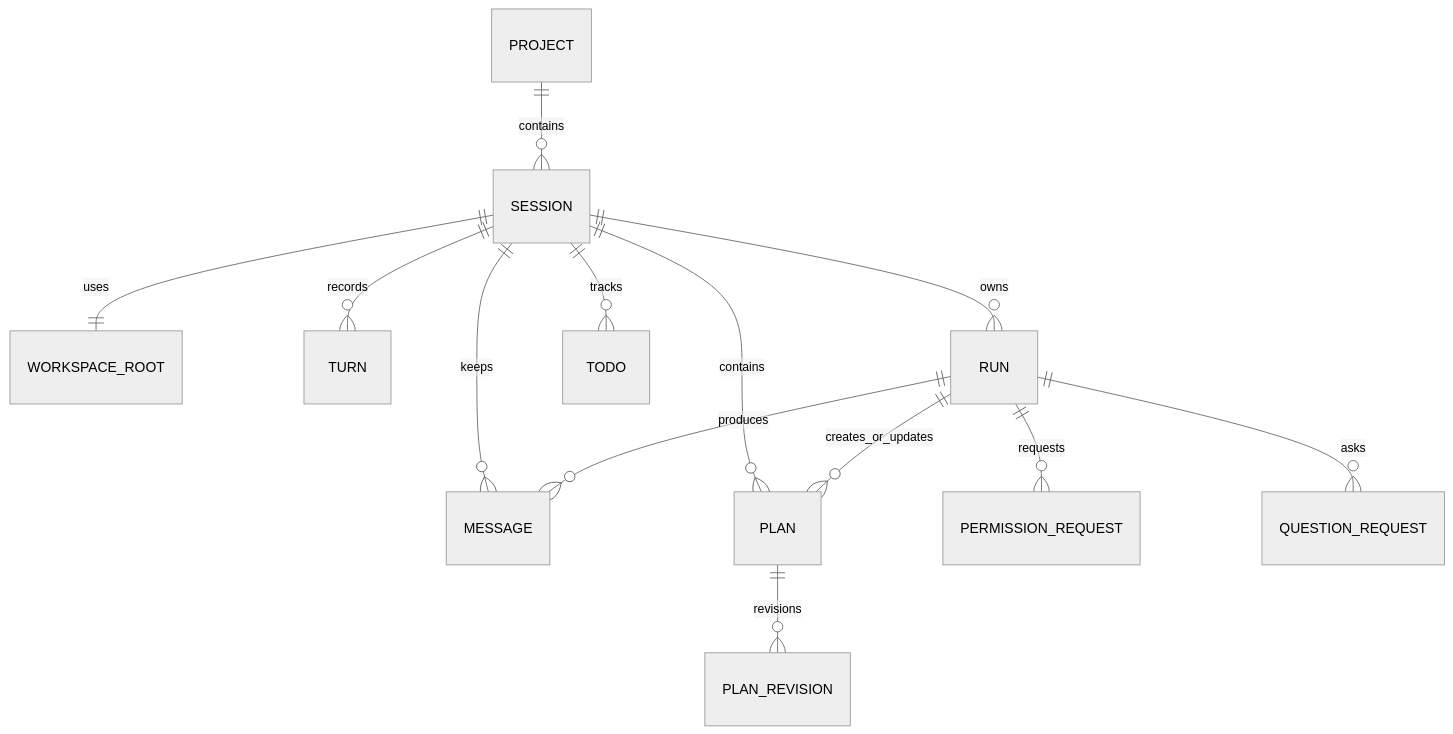
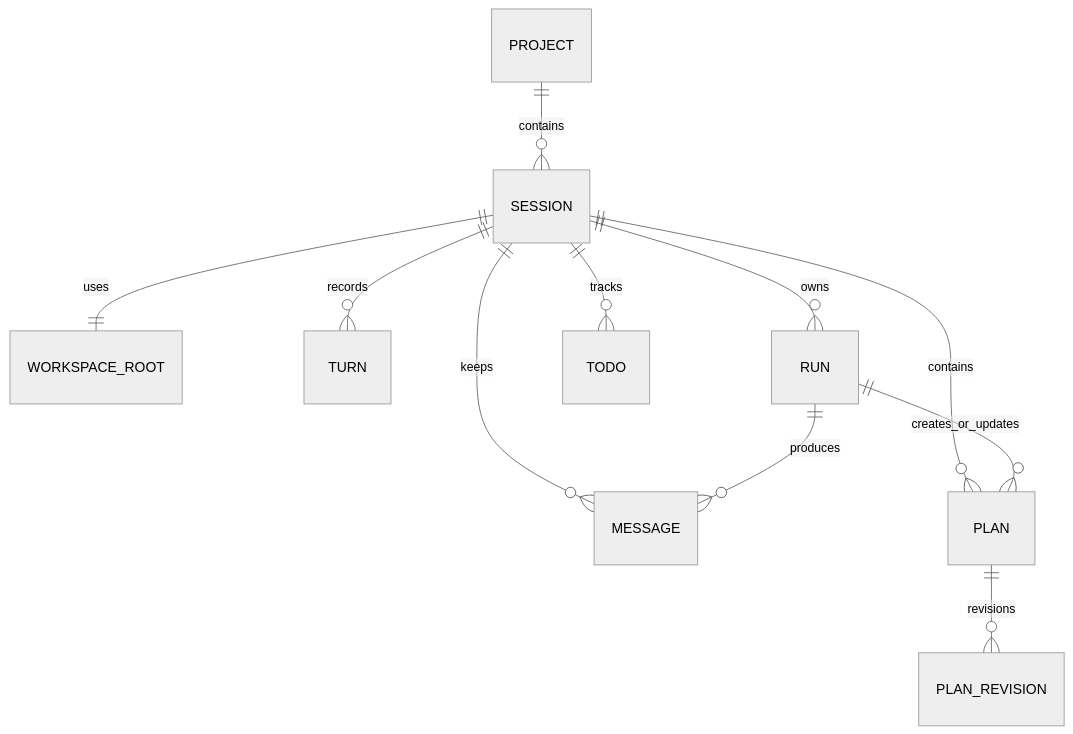
One commit to y0tsy/intention-relay changed the first of 3 diagrams in docs/intention-relay/architecture/04-sessions-runs-events-and-storage.md. Above: the diagram before and after it, drawn with Mermaid (neutral theme). The commit also changed other lines of this file and 4 other files, not shown here.

First line of the commit message:
docs(architecture): collapse the Skill model and drop permission records

````diff
--- a/docs/intention-relay/architecture/04-sessions-runs-events-and-storage.md
+++ b/docs/intention-relay/architecture/04-sessions-runs-events-and-storage.md
@@ -11,15 +11,13 @@
 ```mermaid
 erDiagram
   PROJECT ||--o{ SESSION : contains
   SESSION ||--|| WORKSPACE_ROOT : uses
   SESSION ||--o{ TURN : records
   SESSION ||--o{ RUN : owns
   SESSION ||--o{ MESSAGE : keeps
   RUN ||--o{ MESSAGE : produces
   SESSION ||--o{ PLAN : contains
   SESSION ||--o{ TODO : tracks
   RUN ||--o{ PLAN : creates_or_updates
-  RUN ||--o{ PERMISSION_REQUEST : requests
-  RUN ||--o{ QUESTION_REQUEST : asks
   PLAN ||--o{ PLAN_REVISION : revisions
 ```
````
